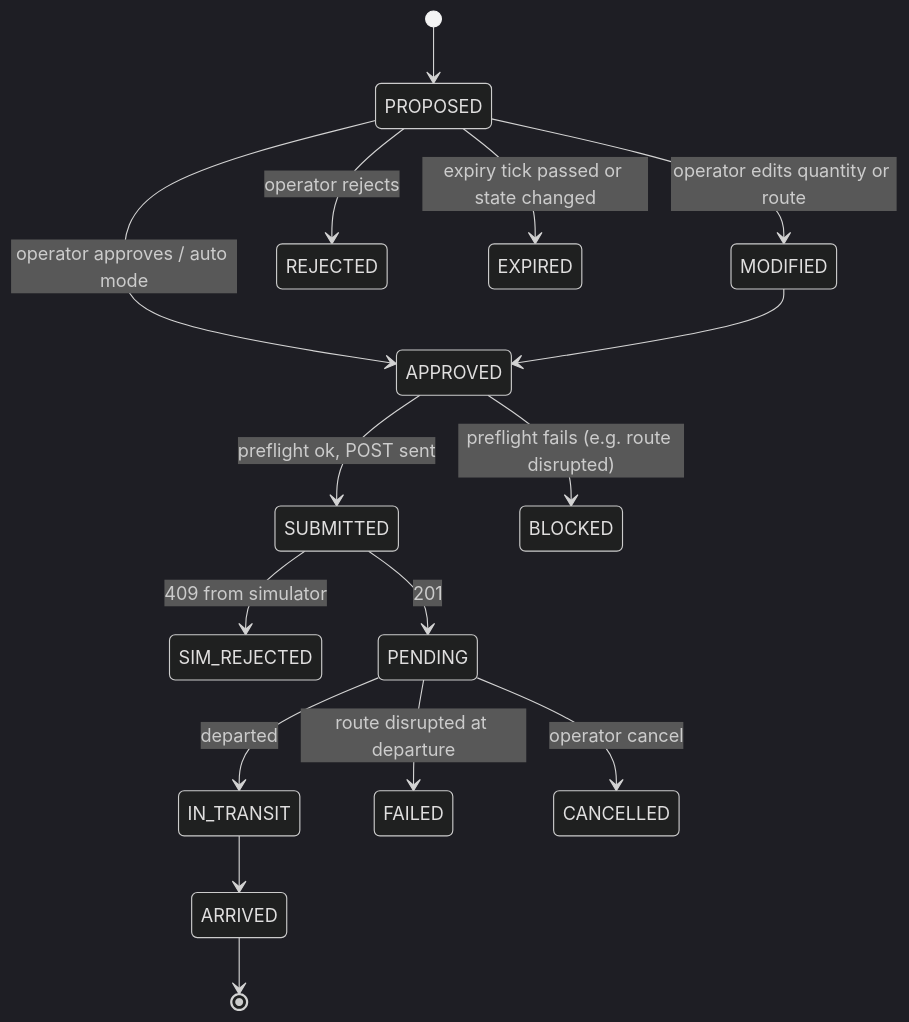
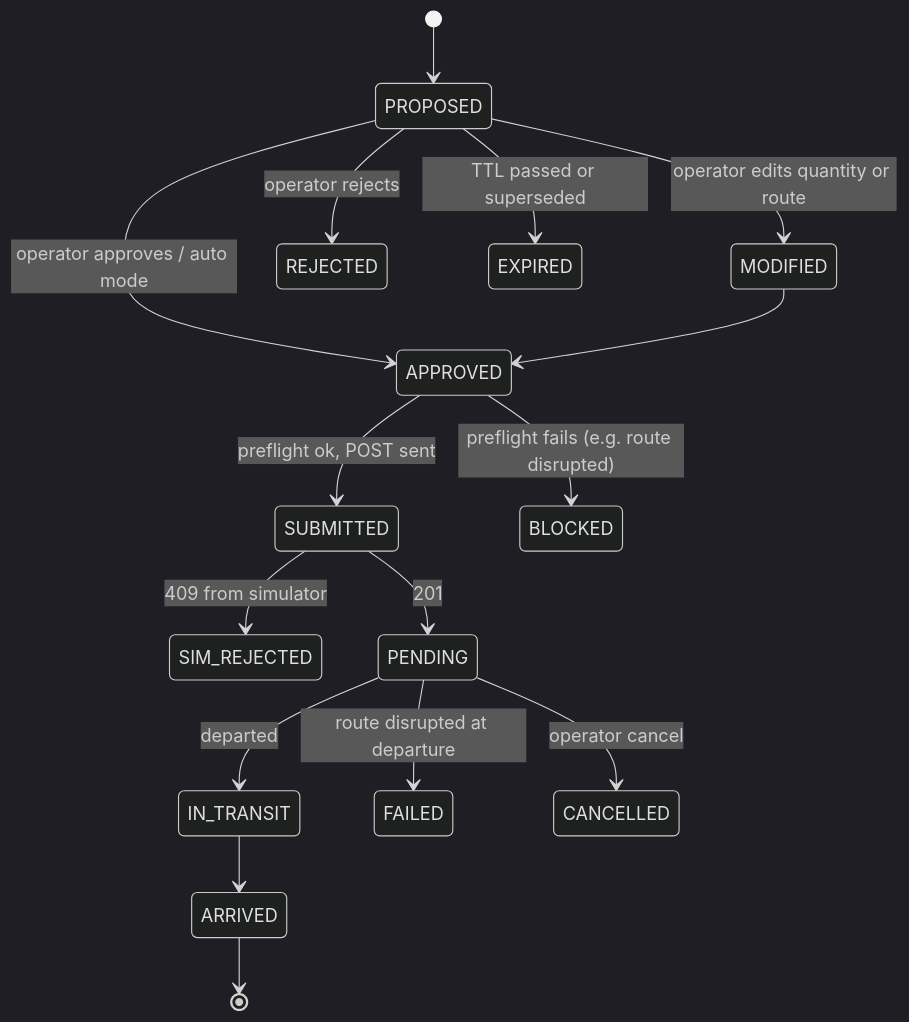
Before and after one commit to ALPHAMAN-0/Intelligent_Fuel_Supply_Operations_Platfrom_Capable: the third of 3 diagrams in architecture.md, drawn with Mermaid (dark theme). The commit also changed other lines of this file and 3 other files, not shown here.

````diff
--- a/architecture.md
+++ b/architecture.md
@@ -269,18 +286,18 @@
 ```mermaid
 stateDiagram-v2
   [*] --> PROPOSED
   PROPOSED --> APPROVED: operator approves / auto mode
   PROPOSED --> MODIFIED: operator edits quantity or route
   MODIFIED --> APPROVED
   PROPOSED --> REJECTED: operator rejects
-  PROPOSED --> EXPIRED: expiry tick passed or state changed
+  PROPOSED --> EXPIRED: TTL passed or superseded
   APPROVED --> SUBMITTED: preflight ok, POST sent
   APPROVED --> BLOCKED: preflight fails (e.g. route disrupted)
   SUBMITTED --> SIM_REJECTED: 409 from simulator
   SUBMITTED --> PENDING: 201
   PENDING --> IN_TRANSIT: departed
   PENDING --> FAILED: route disrupted at departure
   PENDING --> CANCELLED: operator cancel
   IN_TRANSIT --> ARRIVED
   ARRIVED --> [*]
 ```
````
